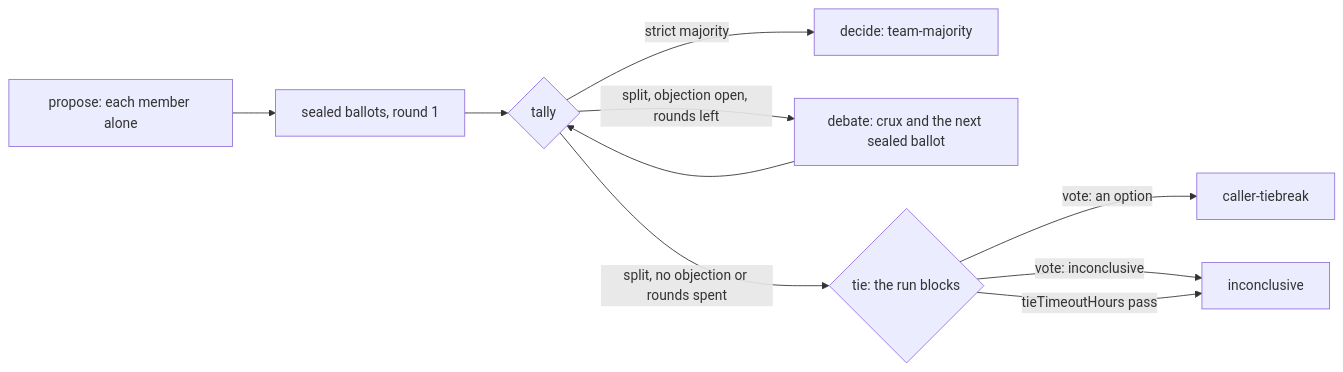
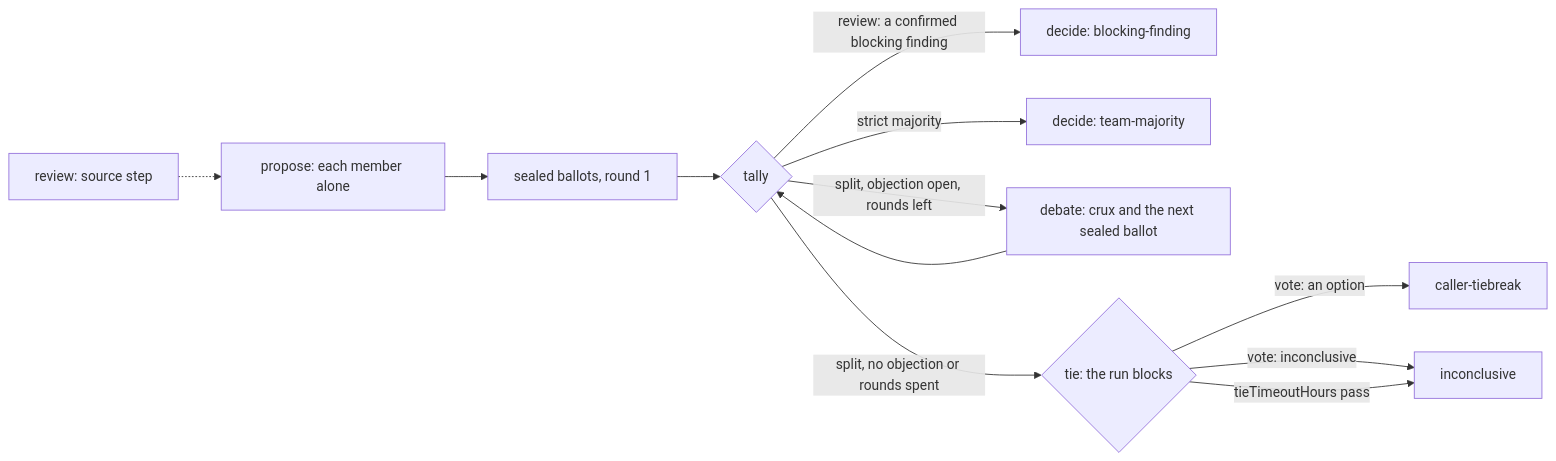
Before and after one commit to tsuuanmi/system: the diagram in docs/design/teams.md, drawn with Mermaid. The commit also changed other lines of this file and 38 other files, not shown here.

````diff
--- a/docs/design/teams.md
+++ b/docs/design/teams.md
@@ -50,12 +50,14 @@
 ```mermaid
 flowchart LR
+  S[review: source step] -.-> P
   P[propose: each member alone] --> B[sealed ballots, round 1]
   B --> T{tally}
+  T -->|review: a confirmed blocking finding| BF[decide: blocking-finding]
   T -->|strict majority| D[decide: team-majority]
   T -->|split, objection open, rounds left| DB[debate: crux and the next sealed ballot]
   DB --> T
   T -->|split, no objection or rounds spent| TIE{tie: the run blocks}
   TIE -->|vote: an option| V[caller-tiebreak]
   TIE -->|vote: inconclusive| I[inconclusive]
   TIE -->|tieTimeoutHours pass| I
 ```
````
